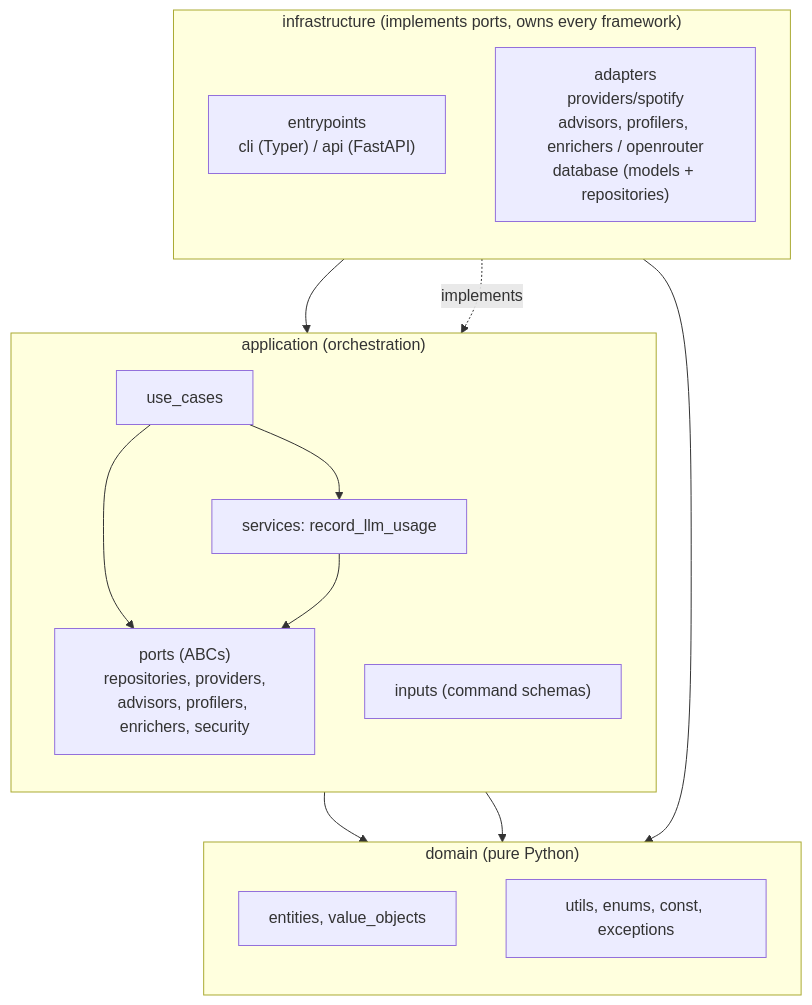
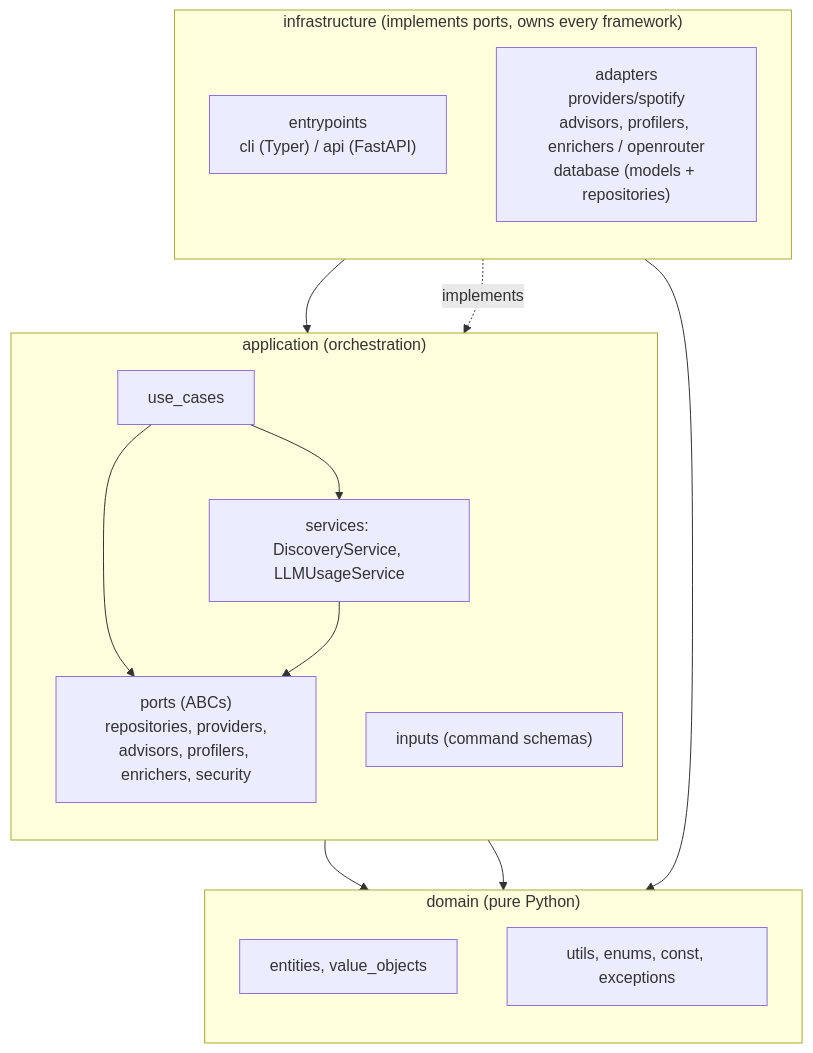
One commit to ychab/museflow changed the first of 2 diagrams in docs/technical/architecture.md. Above: the diagram before and after it, drawn with Mermaid. The commit also changed 9 other files, not shown here.

First line of the commit message:
refactor(llm-usage): make record_llm_usage an LLMUsageService class

````diff
--- a/docs/technical/architecture.md
+++ b/docs/technical/architecture.md
@@ -7,28 +7,28 @@
 ```mermaid
 flowchart TB
     subgraph INFRA["infrastructure (implements ports, owns every framework)"]
         direction TB
         EP["entrypoints<br/>cli (Typer) / api (FastAPI)"]
         AD["adapters<br/>providers/spotify<br/>advisors, profilers, enrichers / openrouter<br/>database (models + repositories)"]
     end
     subgraph APP["application (orchestration)"]
         direction TB
         UC["use_cases"]
-        ASVC["services: record_llm_usage"]
+        ASVC["services: DiscoveryService, LLMUsageService"]
         PORTS["ports (ABCs)<br/>repositories, providers,<br/>advisors, profilers, enrichers, security"]
         INP["inputs (command schemas)"]
     end
     subgraph DOM["domain (pure Python)"]
         direction TB
         ENT["entities, value_objects"]
         UTL["utils, enums, const, exceptions"]
     end
     EP --> UC
     UC --> PORTS
     UC --> ASVC
     ASVC --> PORTS
     UC --> ENT
     AD -.implements.-> PORTS
     AD --> ENT
     PORTS --> ENT
 ```
````
